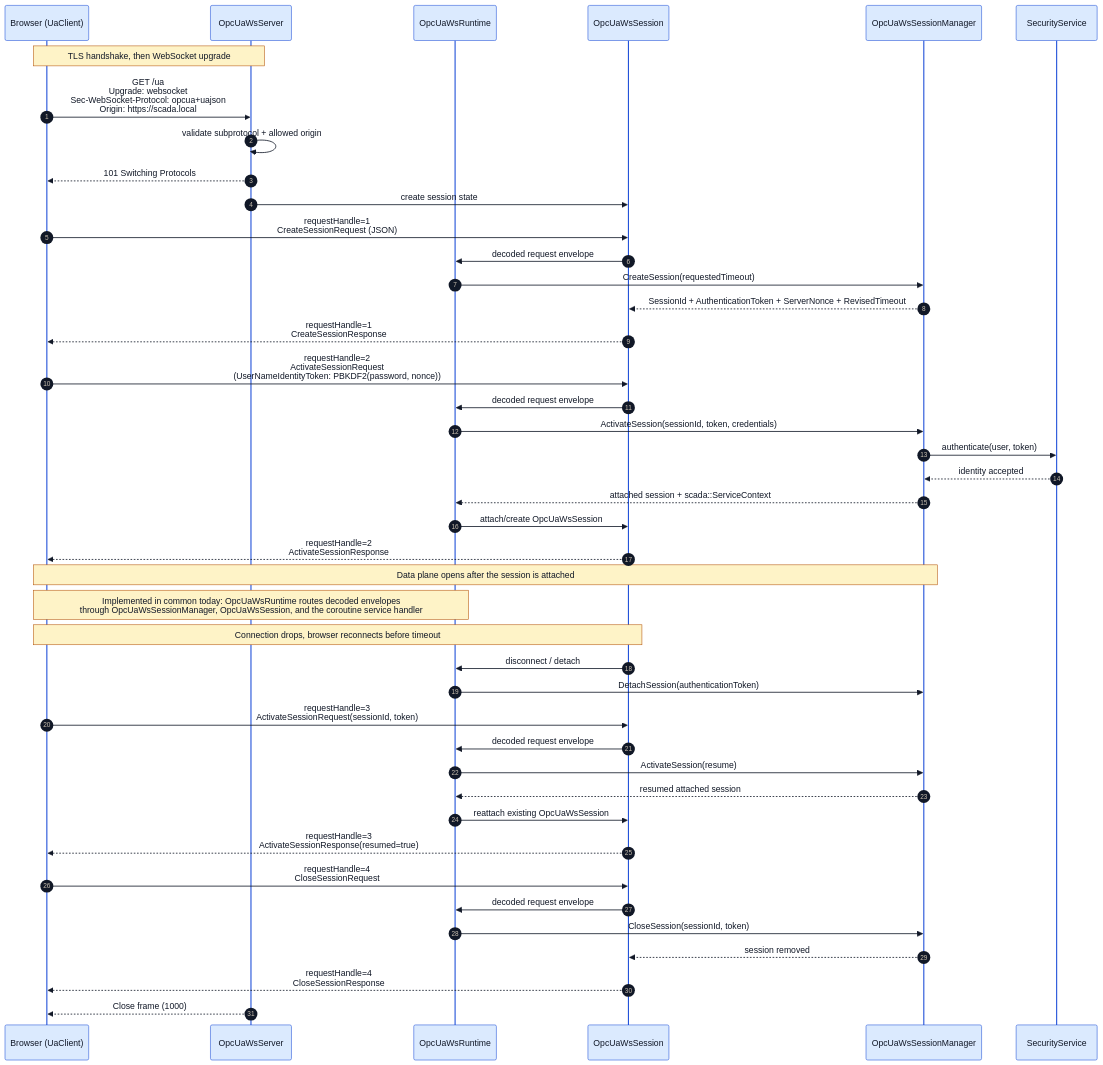
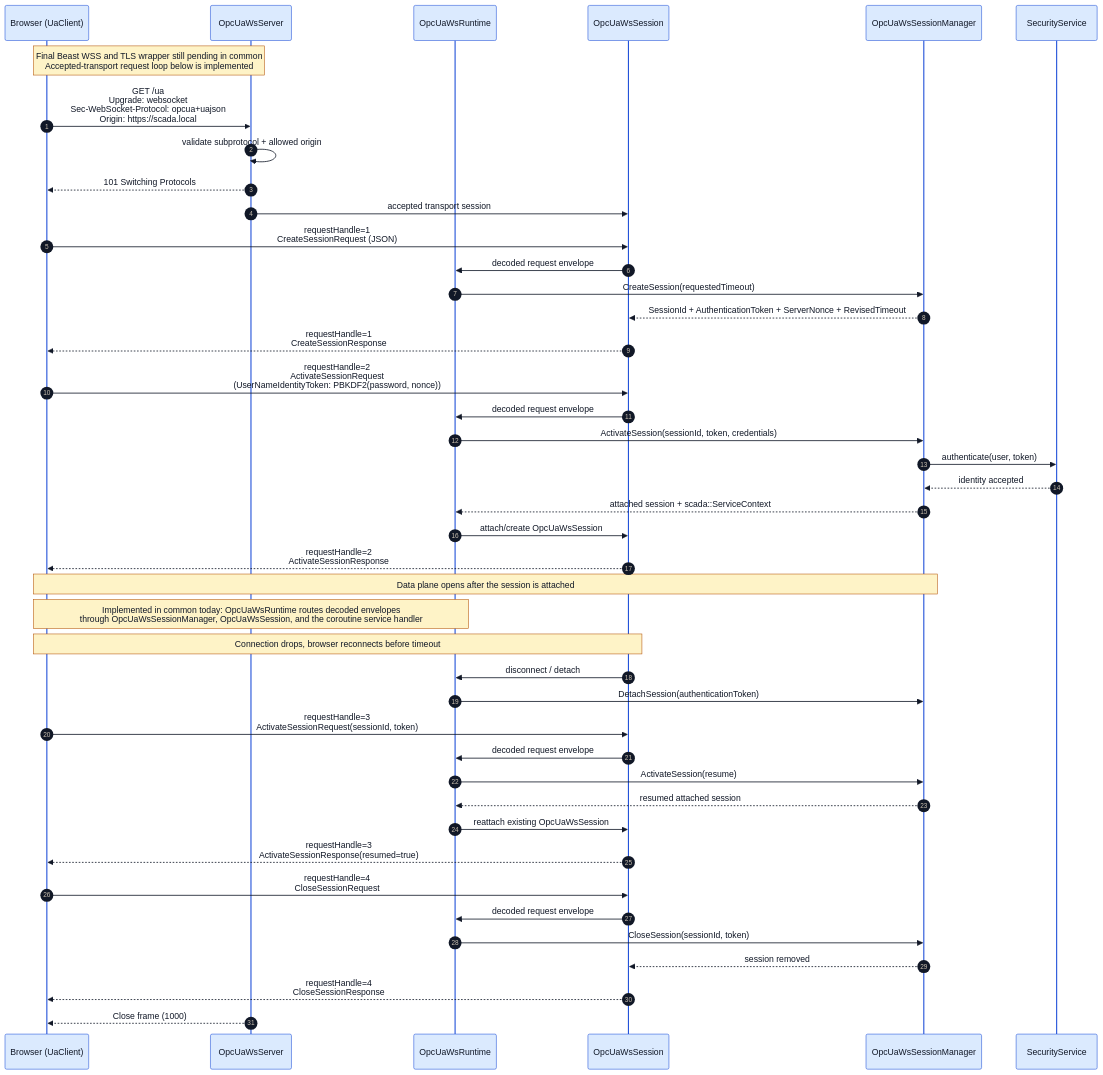
One commit to alexsmn/scada-common changed the diagram in docs/opcua_ws_session_sequence.mmd. Above: the diagram before and after it, drawn with Mermaid. The commit also changed 7 other files, not shown here.

```diff
--- a/docs/opcua_ws_session_sequence.mmd
+++ b/docs/opcua_ws_session_sequence.mmd
@@ -1,65 +1,65 @@
 %%{init: {
   'theme': 'base',
   'themeVariables': {
     'background': '#ffffff',
     'primaryColor': '#f3f4f6',
     'primaryBorderColor': '#374151',
     'primaryTextColor': '#111827',
     'lineColor': '#374151',
     'actorBkg': '#dbeafe',
     'actorBorder': '#1d4ed8',
     'actorTextColor': '#111827',
     'noteBkgColor': '#fef3c7',
     'noteBorderColor': '#b45309',
     'noteTextColor': '#111827'
   }
 }}%%
 sequenceDiagram
     autonumber
     participant B as Browser (UaClient)
     participant WS as OpcUaWsServer
     participant RT as OpcUaWsRuntime
     participant S as OpcUaWsSession
     participant M as OpcUaWsSessionManager
     participant SEC as SecurityService
 
-    Note over B,WS: TLS handshake, then WebSocket upgrade
+    Note over B,WS: Final Beast WSS and TLS wrapper still pending in common<br/>Accepted-transport request loop below is implemented
     B->>WS: GET /ua<br/>Upgrade: websocket<br/>Sec-WebSocket-Protocol: opcua+uajson<br/>Origin: https://scada.local
     WS->>WS: validate subprotocol + allowed origin
     WS-->>B: 101 Switching Protocols
 
-    WS->>S: create session state
+    WS->>S: accepted transport session
     B->>S: requestHandle=1<br/>CreateSessionRequest (JSON)
     S->>RT: decoded request envelope
     RT->>M: CreateSession(requestedTimeout)
     M-->>S: SessionId + AuthenticationToken + ServerNonce + RevisedTimeout
     S-->>B: requestHandle=1<br/>CreateSessionResponse
 
     B->>S: requestHandle=2<br/>ActivateSessionRequest<br/>(UserNameIdentityToken: PBKDF2(password, nonce))
     S->>RT: decoded request envelope
     RT->>M: ActivateSession(sessionId, token, credentials)
     M->>SEC: authenticate(user, token)
     SEC-->>M: identity accepted
     M-->>RT: attached session + scada::ServiceContext
     RT->>S: attach/create OpcUaWsSession
     S-->>B: requestHandle=2<br/>ActivateSessionResponse
 
     Note over B,M: Data plane opens after the session is attached
     Note over B,RT: Implemented in common today: OpcUaWsRuntime routes decoded envelopes<br/>through OpcUaWsSessionManager, OpcUaWsSession, and the coroutine service handler
 
     Note over B,S: Connection drops, browser reconnects before timeout
     S->>RT: disconnect / detach
     RT->>M: DetachSession(authenticationToken)
     B->>S: requestHandle=3<br/>ActivateSessionRequest(sessionId, token)
     S->>RT: decoded request envelope
     RT->>M: ActivateSession(resume)
     M-->>RT: resumed attached session
     RT->>S: reattach existing OpcUaWsSession
     S-->>B: requestHandle=3<br/>ActivateSessionResponse(resumed=true)
 
     B->>S: requestHandle=4<br/>CloseSessionRequest
     S->>RT: decoded request envelope
     RT->>M: CloseSession(sessionId, token)
     M-->>S: session removed
     S-->>B: requestHandle=4<br/>CloseSessionResponse
     WS-->>B: Close frame (1000)
```
